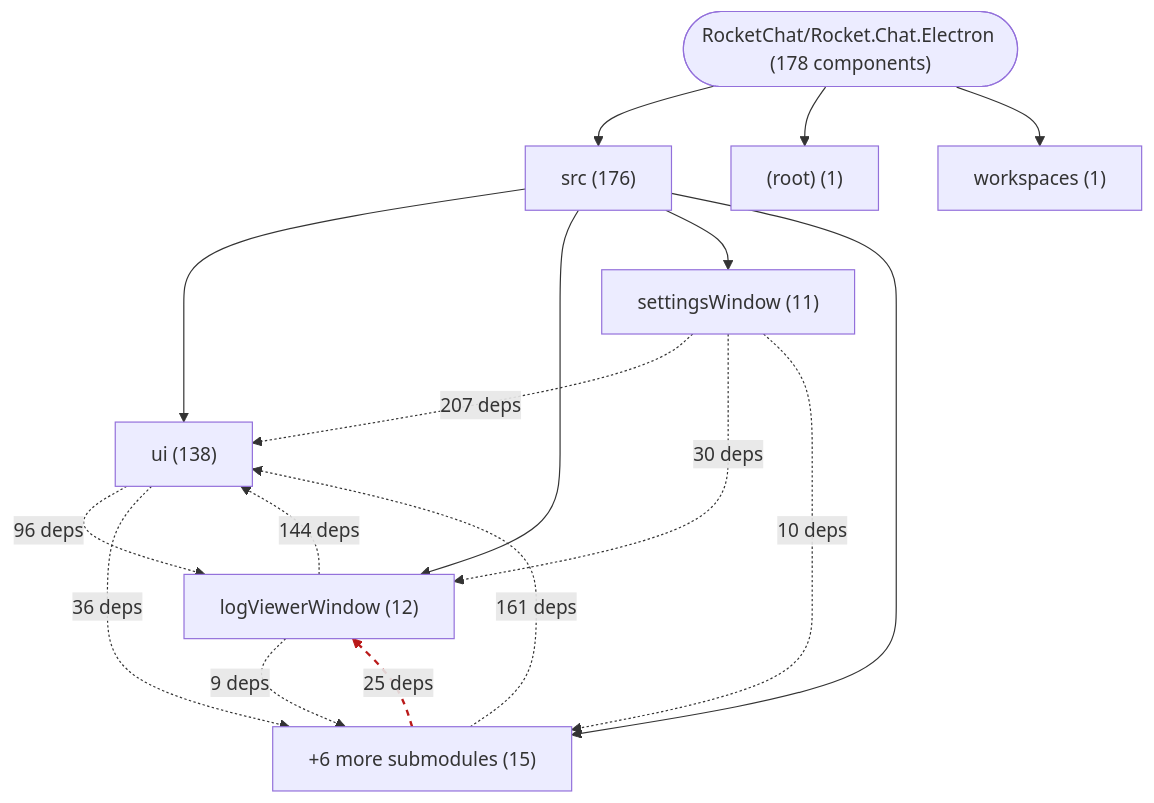
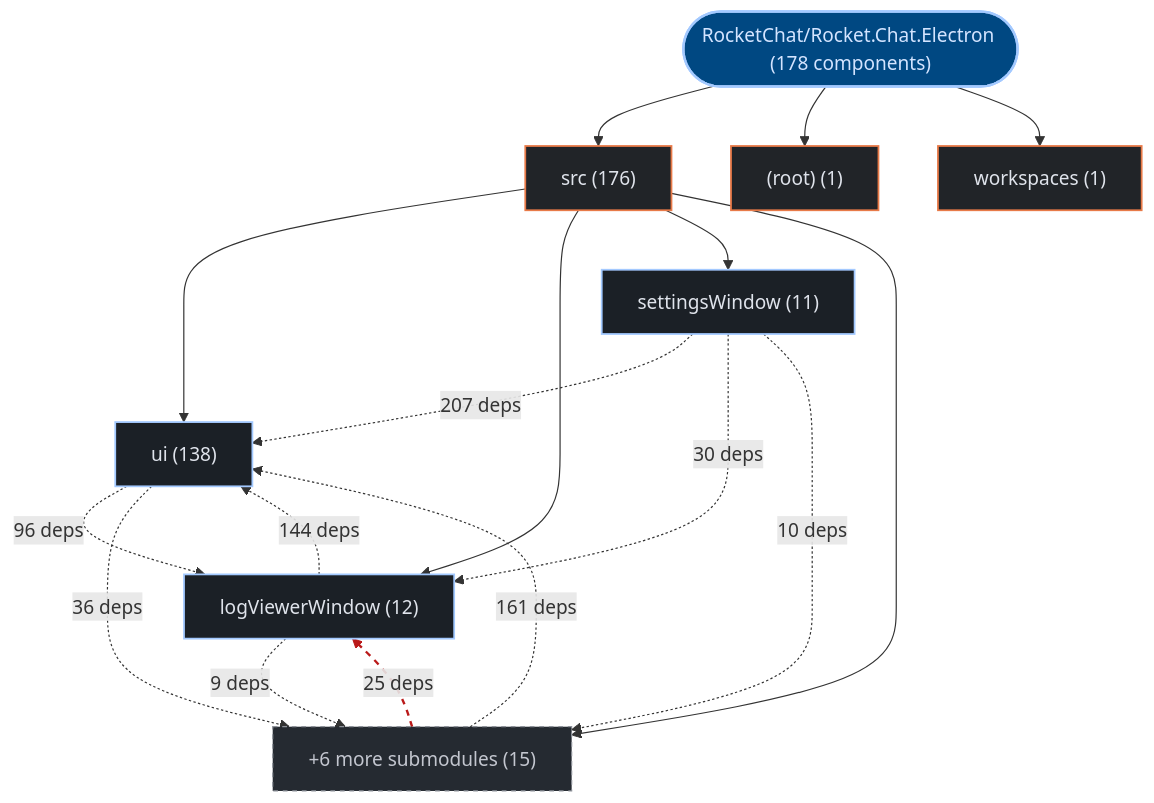
The first of 3 diagrams in exports/latest/reports/RocketChat-Rocket.Chat.Electron-report.md (kumarshaz/atruss-code-atlas), drawn with Mermaid before and after one commit. The commit also changed other lines of this file and 331 other files, not shown here.

Commit message:
docs,ui,fix: update SDLC docs, reorder CI/CD DAG first, stylize Mermaid, and fix Arc42 pipeline topology

````diff
--- a/exports/latest/reports/RocketChat-Rocket.Chat.Electron-report.md
+++ b/exports/latest/reports/RocketChat-Rocket.Chat.Electron-report.md
@@ -42,28 +42,35 @@
 ```mermaid
 graph TD;
-    repo_root(["RocketChat/Rocket.Chat.Electron (178 components)"])
-    dir_0_src["src (176)"]
+  classDef atlasRoot fill:#004882,stroke:#a3c9ff,stroke-width:2px,color:#d3e4ff
+  classDef atlasCategory fill:#212428,stroke:#E87A48,stroke-width:1.5px,color:#dfe3eb
+  classDef atlasWorkflow fill:#1b2026,stroke:#a3c9ff,stroke-width:1.5px,color:#dfe3eb
+  classDef atlasJob fill:#171c22,stroke:#8d9199,stroke-width:1px,color:#dfe3eb
+  classDef atlasTarget fill:#005227,stroke:#8bd99b,stroke-width:1.5px,color:#a7f6b6
+  classDef atlasAlert fill:#93000a,stroke:#ffb4ab,stroke-width:1.5px,color:#ffdad6
+  classDef atlasMore fill:#252a31,stroke:#8d9199,stroke-dasharray:4 4,color:#c3c6cf
+    repo_root(["RocketChat/Rocket.Chat.Electron (178 components)"]):::atlasRoot
+    dir_0_src["src (176)"]:::atlasCategory
     repo_root --> dir_0_src
-    sub_0_0_ui["ui (138)"]
+    sub_0_0_ui["ui (138)"]:::atlasWorkflow
     dir_0_src --> sub_0_0_ui
-    sub_0_1_logViewerWindow["logViewerWindow (12)"]
+    sub_0_1_logViewerWindow["logViewerWindow (12)"]:::atlasWorkflow
     dir_0_src --> sub_0_1_logViewerWindow
-    sub_0_2_settingsWindow["settingsWindow (11)"]
+    sub_0_2_settingsWindow["settingsWindow (11)"]:::atlasWorkflow
     dir_0_src --> sub_0_2_settingsWindow
-    sub_0_more["+6 more submodules (15)"]
+    sub_0_more["+6 more submodules (15)"]:::atlasMore
     dir_0_src --> sub_0_more
-    dir_1__root_["(root) (1)"]
+    dir_1__root_["(root) (1)"]:::atlasCategory
     repo_root --> dir_1__root_
-    dir_2_workspaces["workspaces (1)"]
+    dir_2_workspaces["workspaces (1)"]:::atlasCategory
     repo_root --> dir_2_workspaces
     sub_0_2_settingsWindow -.->|"207 deps"| sub_0_0_ui
     sub_0_more -.->|"161 deps"| sub_0_0_ui
     sub_0_1_logViewerWindow -.->|"144 deps"| sub_0_0_ui
     sub_0_0_ui -.->|"96 deps"| sub_0_1_logViewerWindow
     sub_0_0_ui -.->|"36 deps"| sub_0_more
     sub_0_2_settingsWindow -.->|"30 deps"| sub_0_1_logViewerWindow
     sub_0_more -.->|"25 deps"| sub_0_1_logViewerWindow
     sub_0_2_settingsWindow -.->|"10 deps"| sub_0_more
     sub_0_1_logViewerWindow -.->|"9 deps"| sub_0_more
     linkStyle 13 stroke:#ba1a1a,stroke-width:2px,stroke-dasharray: 5 5
 ```
````
